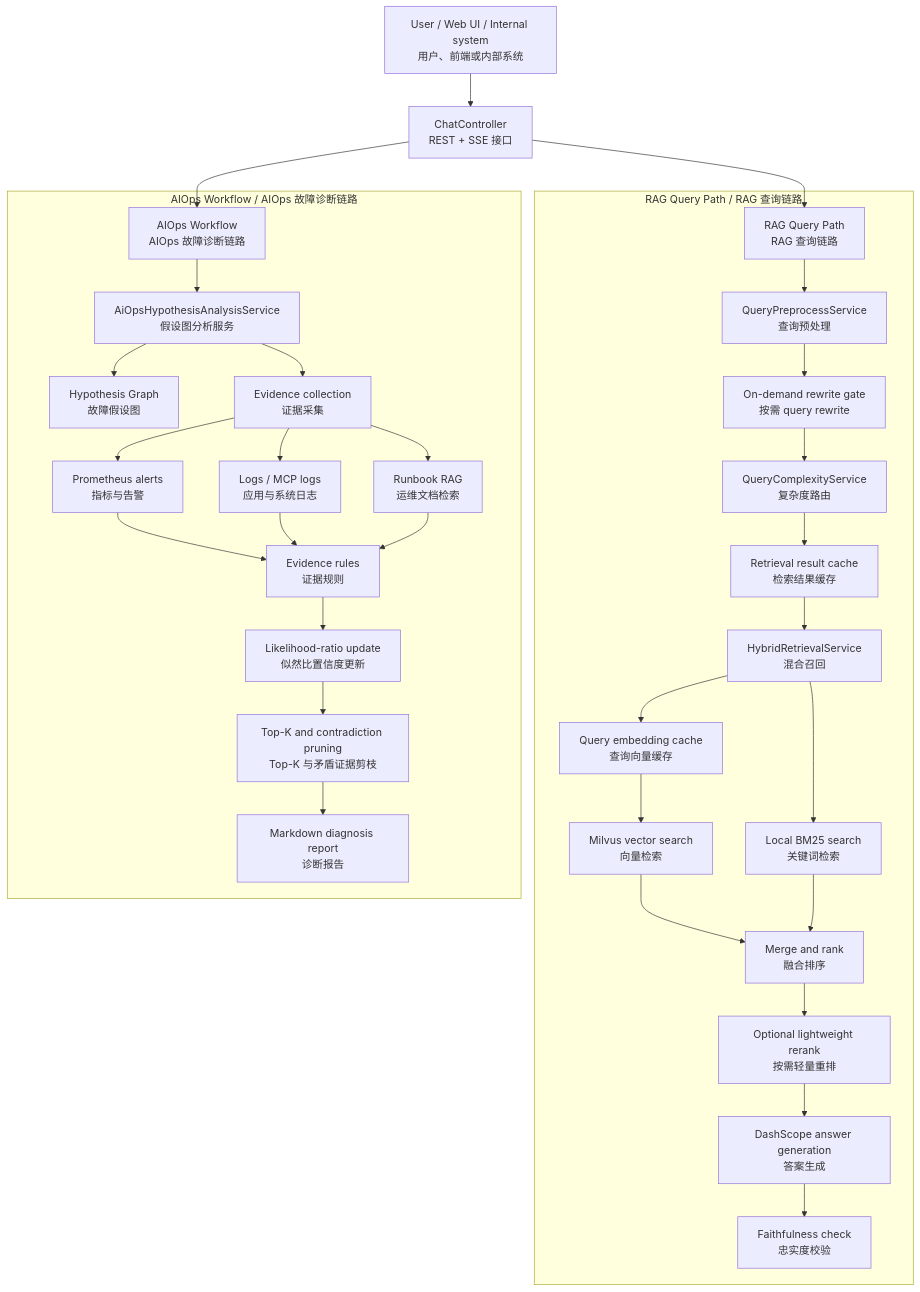
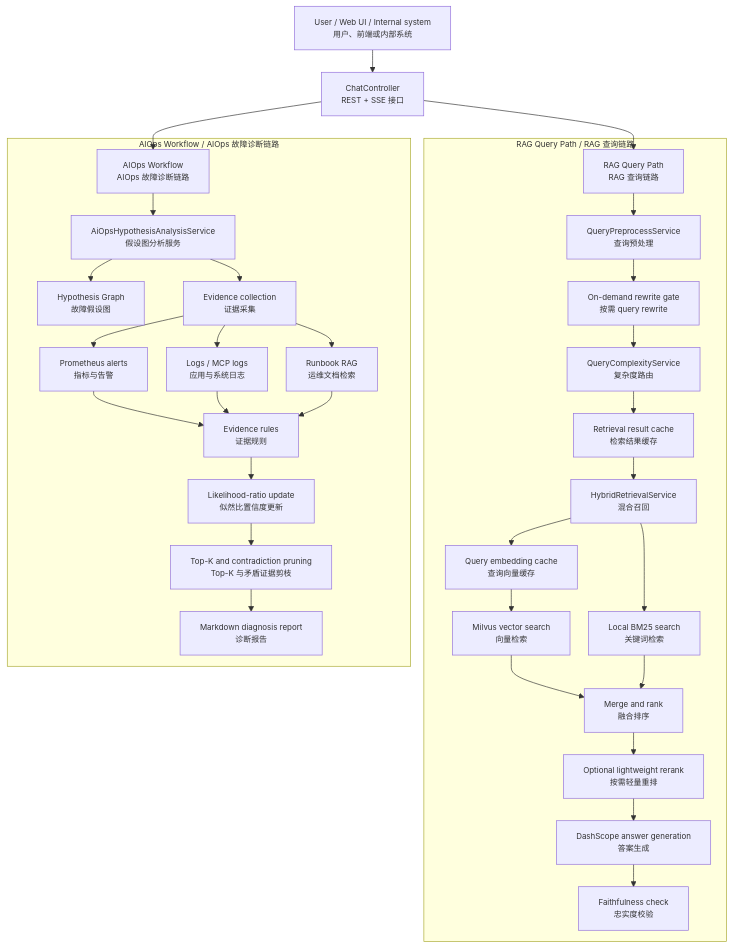
One commit to ember056/devassist-agent changed the first of 4 diagrams in README.md. Above: the diagram before and after it, drawn with Mermaid. The commit also changed other lines of this file, not shown here.

Commit message:
docs: reduce readme diagram font size

````diff
--- a/README.md
+++ b/README.md
@@ -18,38 +18,39 @@
 ```mermaid
+%%{init: {"themeVariables": {"fontSize": "12px"}, "flowchart": {"nodeSpacing": 28, "rankSpacing": 34}}}%%
 flowchart TD
     U["User / Web UI / Internal system<br/>用户、前端或内部系统"] --> API["ChatController<br/>REST + SSE 接口"]
 
     API --> RAG["RAG Query Path<br/>RAG 查询链路"]
     API --> AIOPS["AIOps Workflow<br/>AIOps 故障诊断链路"]
 
     subgraph RAGPath["RAG Query Path / RAG 查询链路"]
         RAG --> PRE["QueryPreprocessService<br/>查询预处理"]
         PRE --> SKIP["On-demand rewrite gate<br/>按需 query rewrite"]
         SKIP --> ROUTE["QueryComplexityService<br/>复杂度路由"]
         ROUTE --> CACHE["Retrieval result cache<br/>检索结果缓存"]
         CACHE --> HYBRID["HybridRetrievalService<br/>混合召回"]
         HYBRID --> EMB["Query embedding cache<br/>查询向量缓存"]
         EMB --> VEC["Milvus vector search<br/>向量检索"]
         HYBRID --> BM25["Local BM25 search<br/>关键词检索"]
         VEC --> MERGE["Merge and rank<br/>融合排序"]
         BM25 --> MERGE
         MERGE --> RERANK["Optional lightweight rerank<br/>按需轻量重排"]
         RERANK --> GEN["DashScope answer generation<br/>答案生成"]
         GEN --> VERIFY["Faithfulness check<br/>忠实度校验"]
     end
 
     subgraph AIOpsPath["AIOps Workflow / AIOps 故障诊断链路"]
         AIOPS --> HG["AiOpsHypothesisAnalysisService<br/>假设图分析服务"]
         HG --> GRAPH["Hypothesis Graph<br/>故障假设图"]
         HG --> COLLECT["Evidence collection<br/>证据采集"]
         COLLECT --> METRICS["Prometheus alerts<br/>指标与告警"]
         COLLECT --> LOGS["Logs / MCP logs<br/>应用与系统日志"]
         COLLECT --> DOCS["Runbook RAG<br/>运维文档检索"]
         METRICS --> RULES["Evidence rules<br/>证据规则"]
         LOGS --> RULES
         DOCS --> RULES
         RULES --> UPDATE["Likelihood-ratio update<br/>似然比置信度更新"]
         UPDATE --> PRUNE["Top-K and contradiction pruning<br/>Top-K 与矛盾证据剪枝"]
         PRUNE --> REPORT["Markdown diagnosis report<br/>诊断报告"]
     end
 ```
````
